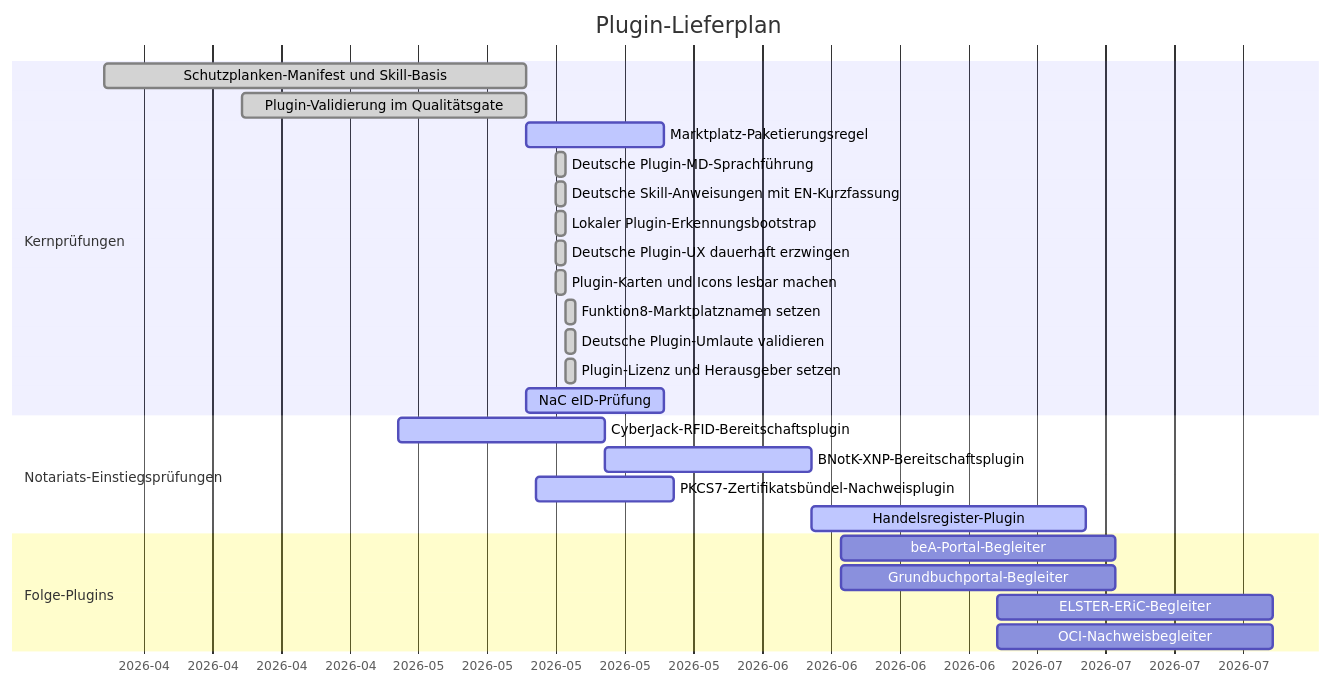
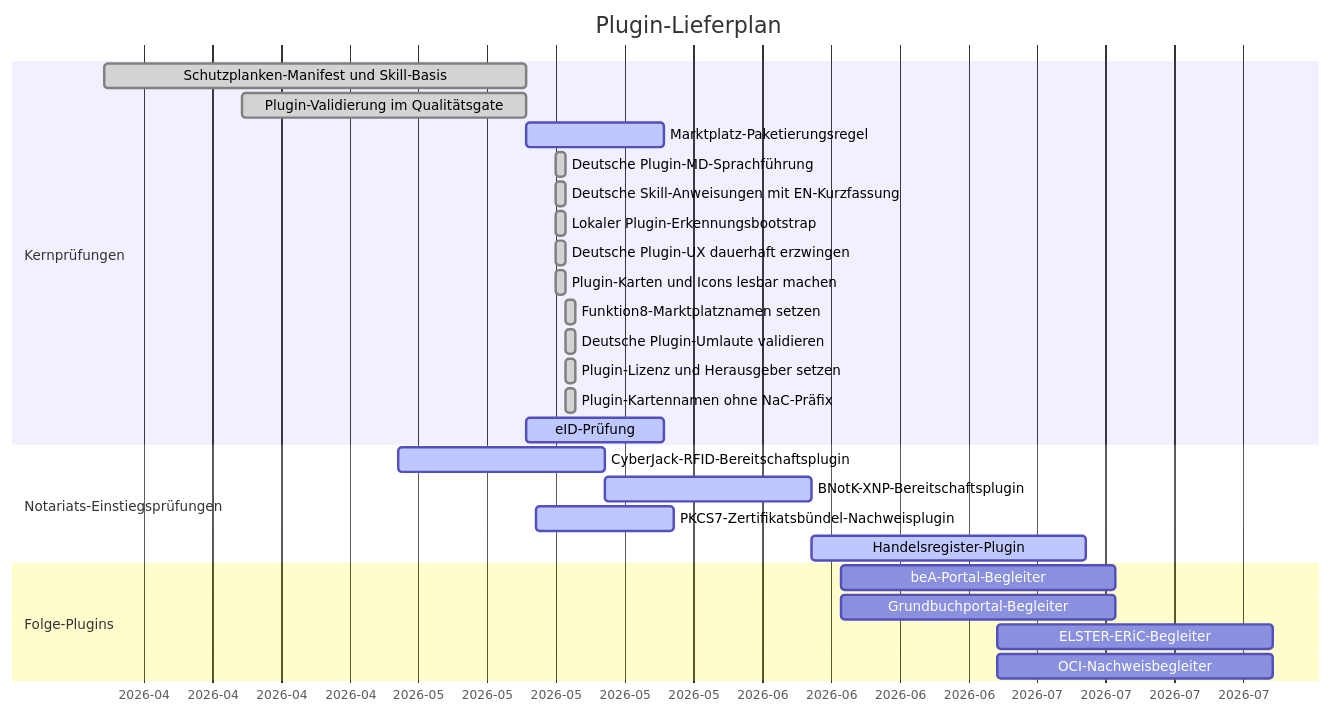
Before and after one commit to notariat8/NaC: the diagram in plugins/GANTT.md, drawn with Mermaid. The commit also changed other lines of this file and 46 other files, not shown here.

````diff
--- a/plugins/GANTT.md
+++ b/plugins/GANTT.md
@@ -5,32 +5,33 @@
 ```mermaid
 gantt
     title Plugin-Lieferplan
     dateFormat  YYYY-MM-DD
     axisFormat  %Y-%m
 
     section Kernprüfungen
     Schutzplanken-Manifest und Skill-Basis     :done,   p1, 2026-04-01, 2026-05-14
     Plugin-Validierung im Qualitätsgate       :done,   p2, 2026-04-15, 2026-05-14
     Marktplatz-Paketierungsregel               :active, p3, 2026-05-14, 14d
     Deutsche Plugin-MD-Sprachführung          :done,   p3a, 2026-05-17, 1d
     Deutsche Skill-Anweisungen mit EN-Kurzfassung :done, p3b, 2026-05-17, 1d
     Lokaler Plugin-Erkennungsbootstrap          :done,   p3c, 2026-05-17, 1d
     Deutsche Plugin-UX dauerhaft erzwingen      :done,   p3d, 2026-05-17, 1d
     Plugin-Karten und Icons lesbar machen       :done,   p3e, 2026-05-17, 1d
     Funktion8-Marktplatznamen setzen            :done,   p3f, 2026-05-18, 1d
     Deutsche Plugin-Umlaute validieren           :done,   p3g, 2026-05-18, 1d
     Plugin-Lizenz und Herausgeber setzen         :done,   p3h, 2026-05-18, 1d
-    NaC eID-Prüfung                            :active, p4, 2026-05-14, 14d
+    Plugin-Kartennamen ohne NaC-Präfix           :done,   p3i, 2026-05-18, 1d
+    eID-Prüfung                            :active, p4, 2026-05-14, 14d
 
     section Notariats-Einstiegsprüfungen
     CyberJack-RFID-Bereitschaftsplugin         :active, p5, 2026-05-01, 21d
     BNotK-XNP-Bereitschaftsplugin              :active, p6, after p5, 21d
     PKCS7-Zertifikatsbündel-Nachweisplugin    :active, p6a, 2026-05-15, 14d
     Handelsregister-Plugin                     :active, p7, after p6, 28d
 
     section Folge-Plugins
     beA-Portal-Begleiter                       :        p8, 2026-06-15, 28d
     Grundbuchportal-Begleiter                  :        p9, 2026-06-15, 28d
     ELSTER-ERiC-Begleiter                      :        p10, 2026-07-01, 28d
     OCI-Nachweisbegleiter                      :        p11, 2026-07-01, 28d
 ```
````
